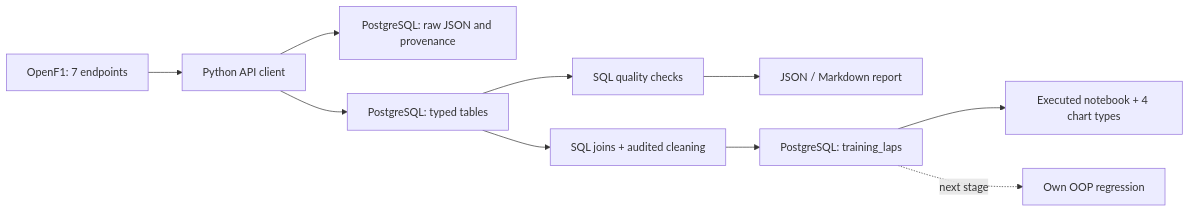
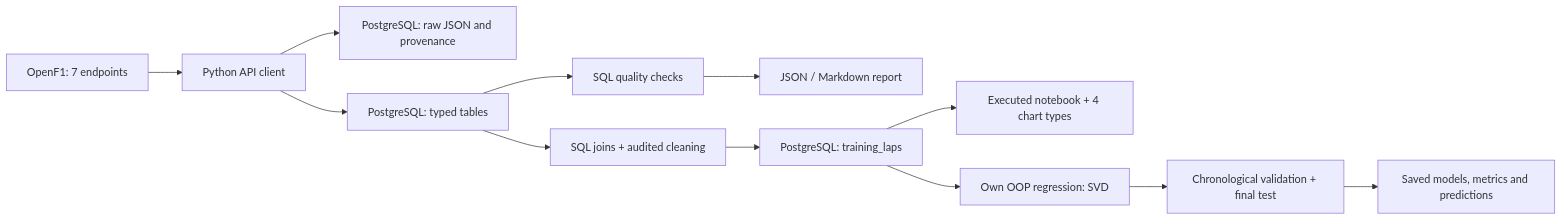
The diagram in README.md (geeksetter/f1-lap-time-prediction), drawn with Mermaid before and after one commit. The commit also changed other lines of this file and 33 other files, not shown here.

Commit message:
Implement stage 3: own SVD regression, chronological training and frozen test evaluation

````diff
--- a/README.md
+++ b/README.md
@@ -26,12 +26,14 @@
 ```mermaid
 flowchart LR
     API[OpenF1: 7 endpoints] --> Client[Python API client]
     Client --> Audit[PostgreSQL: raw JSON and provenance]
     Client --> Tables[PostgreSQL: typed tables]
     Tables --> Checks[SQL quality checks]
     Checks --> Report[JSON / Markdown report]
     Tables --> Features[SQL joins + audited cleaning]
     Features --> Training[PostgreSQL: training_laps]
     Training --> EDA[Executed notebook + 4 chart types]
-    Training -. next stage .-> Model[Own OOP regression]
+    Training --> Model[Own OOP regression: SVD]
+    Model --> Evaluation[Chronological validation + final test]
+    Evaluation --> Artifacts[Saved models, metrics and predictions]
 ```
````
